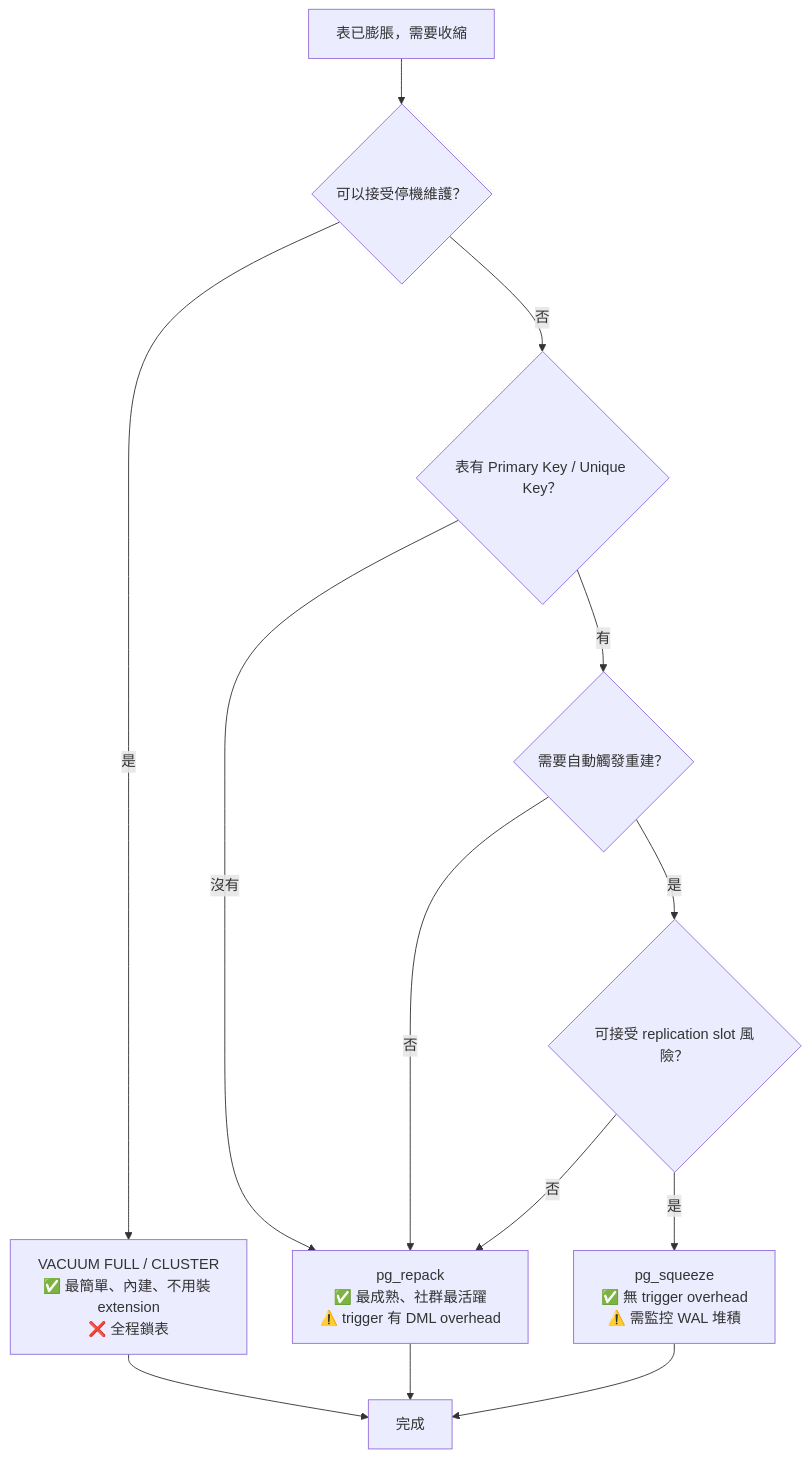
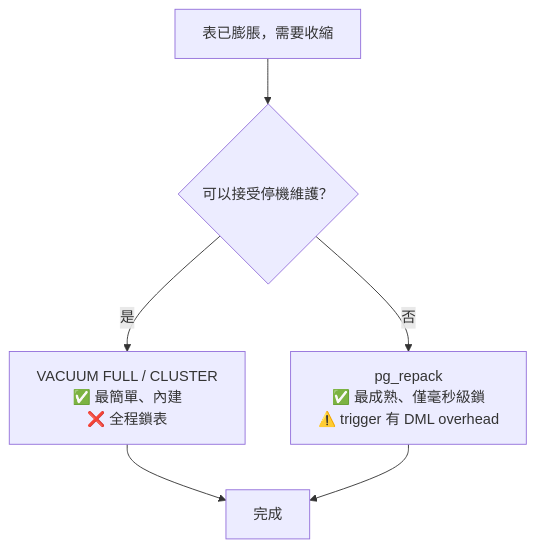
One commit to henry-tpwong/postgresql_note changed the ninth of 10 diagrams in vacuum/vacuum.md. Above: the diagram before and after it, drawn with Mermaid. The commit also changed other lines of this file, not shown here.

First line of the commit message:
docs(vacuum): 重構為生產場景導向，補強 VM 與 Index 結構說明

````diff
--- a/vacuum/vacuum.md
+++ b/vacuum/vacuum.md
@@ -1072,15 +685,8 @@
 ```mermaid
 flowchart TD
     A["表已膨脹，需要收縮"] --> B{"可以接受停機維護？"}
-    B -->|是| C["VACUUM FULL / CLUSTER<br/>✅ 最簡單、內建、不用裝 extension<br/>❌ 全程鎖表"]
-    B -->|否| D{"表有 Primary Key / Unique Key？"}
-    D -->|有| E{"需要自動觸發重建？"}
-    D -->|沒有| F["pg_repack<br/>✅ 最成熟、社群最活躍<br/>⚠️ trigger 有 DML overhead"]
-    E -->|是| G{"可接受 replication slot 風險？"}
-    E -->|否| F
-    G -->|是| H["pg_squeeze<br/>✅ 無 trigger overhead<br/>⚠️ 需監控 WAL 堆積"]
-    G -->|否| F
-    C --> I["完成"]
-    F --> I
-    H --> I
+    B -->|是| C["VACUUM FULL / CLUSTER<br/>✅ 最簡單、內建<br/>❌ 全程鎖表"]
+    B -->|否| D["pg_repack<br/>✅ 最成熟、僅毫秒級鎖<br/>⚠️ trigger 有 DML overhead"]
+    C --> E["完成"]
+    D --> E
 ```
````
